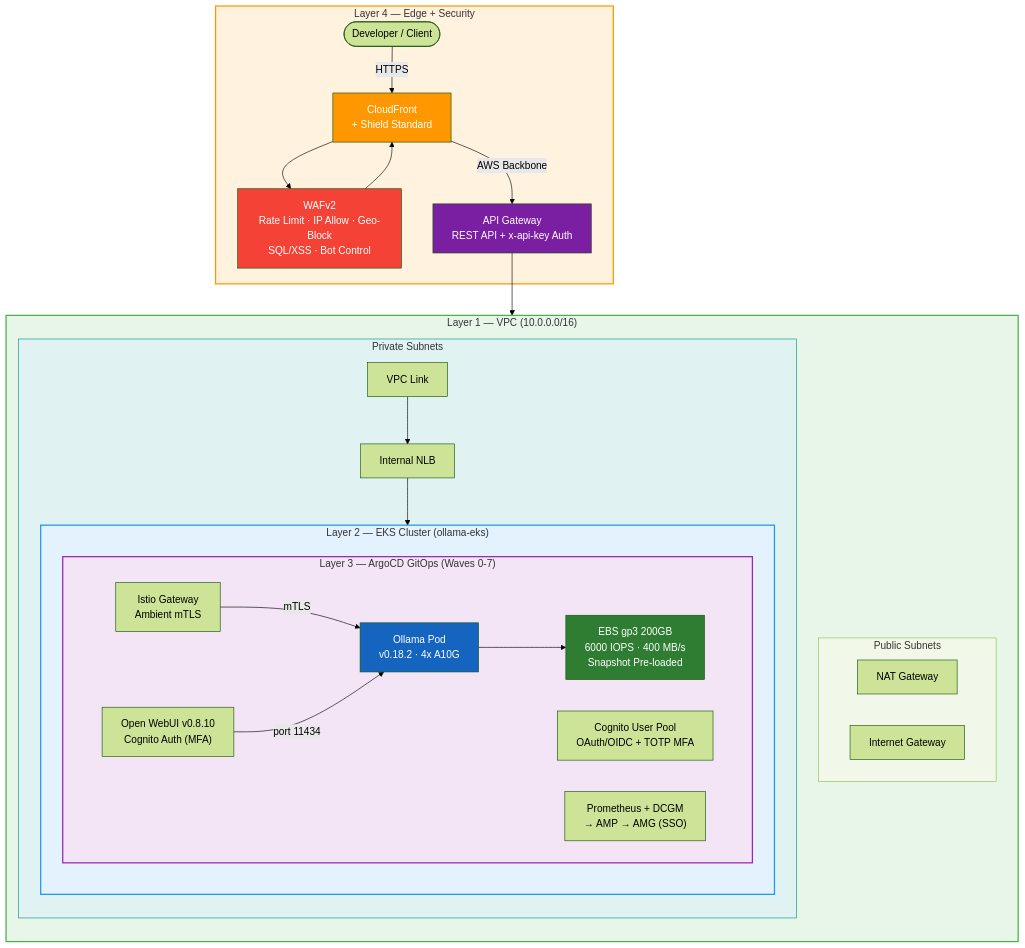
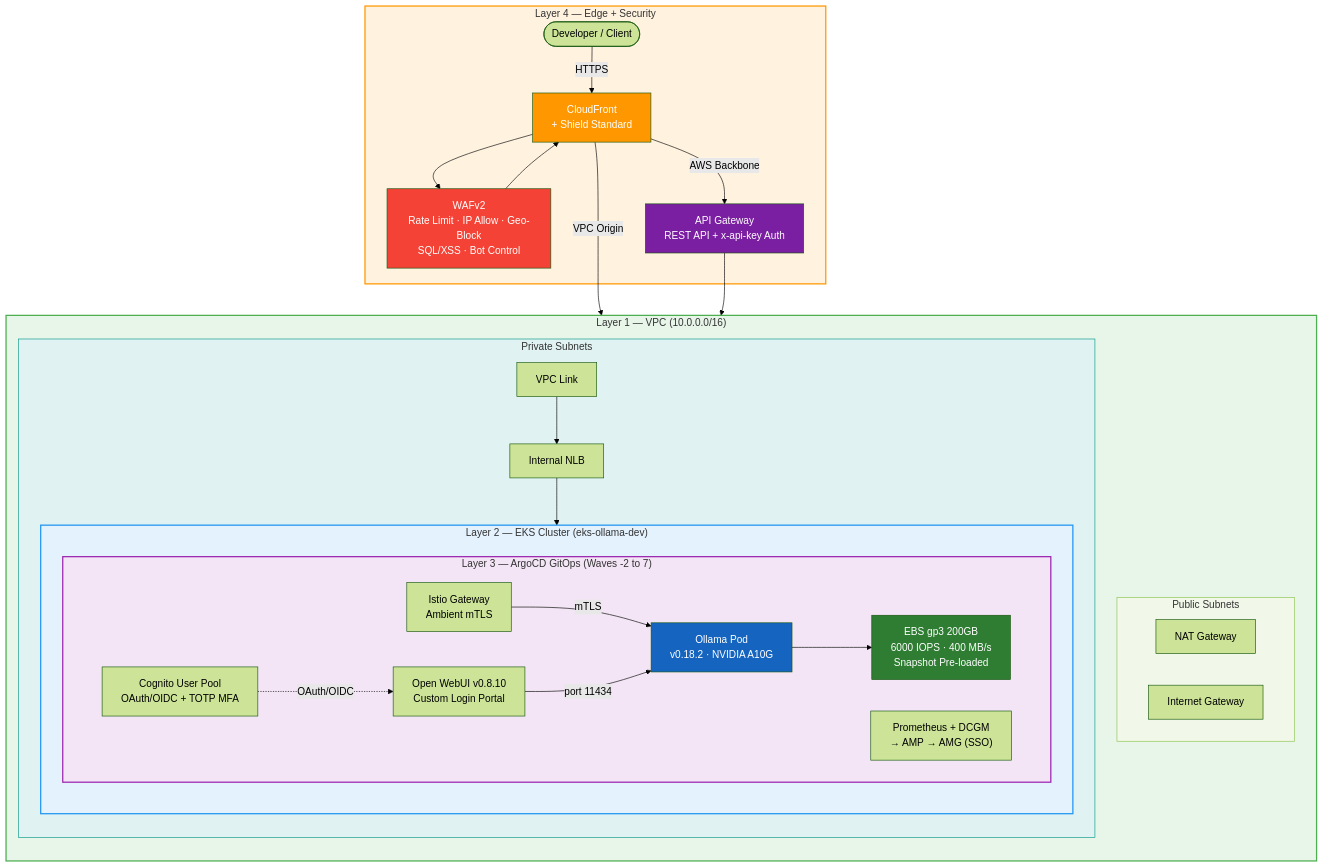
One commit to shanaka-versent/Ollama-on-EKS changed the first of 4 diagrams in README.md. Above: the diagram before and after it, drawn with Mermaid (forest theme). The commit also changed other lines of this file and 5 other files, not shown here.

````diff
--- a/README.md
+++ b/README.md
@@ -11,58 +11,60 @@
 ```mermaid
 flowchart TB
     subgraph L4["Layer 4 — Edge + Security"]
         Client([Developer / Client])
         CF["CloudFront\n+ Shield Standard"]
         WAF["WAFv2\nRate Limit · IP Allow · Geo-Block\nSQL/XSS · Bot Control"]
         APIGW["API Gateway\nREST API + x-api-key Auth"]
     end
 
     subgraph L1["Layer 1 — VPC (10.0.0.0/16)"]
         direction TB
         subgraph pub["Public Subnets"]
             NAT["NAT Gateway"]
             IGW["Internet Gateway"]
         end
 
         subgraph priv["Private Subnets"]
             VPCL["VPC Link"]
             NLB["Internal NLB"]
 
-            subgraph L2["Layer 2 — EKS Cluster (ollama-eks)"]
+            subgraph L2["Layer 2 — EKS Cluster (eks-ollama-dev)"]
                 direction TB
-                subgraph L3["Layer 3 — ArgoCD GitOps (Waves 0-7)"]
+                subgraph L3["Layer 3 — ArgoCD GitOps (Waves -2 to 7)"]
                     direction LR
                     ISTIO["Istio Gateway\nAmbient mTLS"]
-                    OLLAMA["Ollama Pod\nv0.18.2 · 4x A10G"]
+                    OLLAMA["Ollama Pod\nv0.18.2 · NVIDIA A10G"]
                     EBS["EBS gp3 200GB\n6000 IOPS · 400 MB/s\nSnapshot Pre-loaded"]
-                    WEBUI["Open WebUI v0.8.10\nCognito Auth (MFA)"]
+                    WEBUI["Open WebUI v0.8.10\nCustom Login Portal"]
                     COG["Cognito User Pool\nOAuth/OIDC + TOTP MFA"]
                     MON["Prometheus + DCGM\n→ AMP → AMG (SSO)"]
                 end
             end
         end
     end
 
     Client -->|HTTPS| CF
     CF --> WAF
     WAF --> CF
+    CF -->|VPC Origin| NLB
     CF -->|AWS Backbone| APIGW
     APIGW --> VPCL
     VPCL --> NLB
     NLB --> ISTIO
     ISTIO -->|mTLS| OLLAMA
     OLLAMA --> EBS
     WEBUI -->|port 11434| OLLAMA
+    COG -.->|OAuth/OIDC| WEBUI
 
     style L4 fill:#fff3e0,stroke:#ff9800,stroke-width:2px
     style L1 fill:#e8f5e9,stroke:#4caf50,stroke-width:2px
     style L2 fill:#e3f2fd,stroke:#2196f3,stroke-width:2px
     style L3 fill:#f3e5f5,stroke:#9c27b0,stroke-width:2px
     style pub fill:#f1f8e9,stroke:#8bc34a
     style priv fill:#e0f2f1,stroke:#009688
     style CF fill:#ff9800,color:#fff
     style WAF fill:#f44336,color:#fff
     style APIGW fill:#7b1fa2,color:#fff
     style OLLAMA fill:#1565c0,color:#fff
     style EBS fill:#2e7d32,color:#fff
 ```
````
